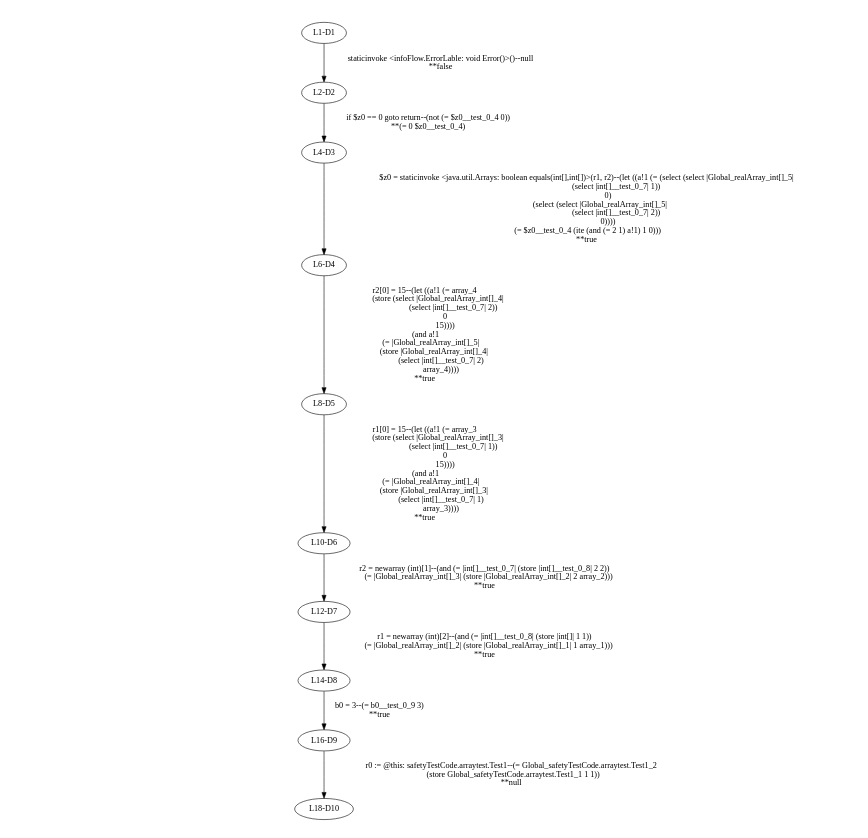
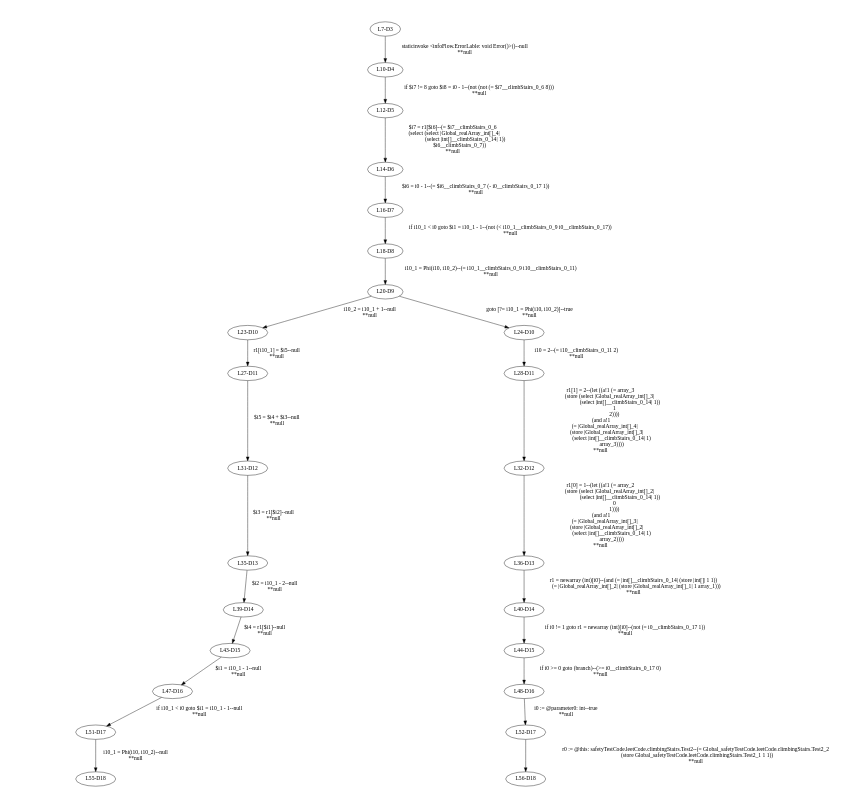
Before and after one commit to gt-wunderhorn/gt-wunderhorn: the diagram in SafetyChecker2/_errors.dot, drawn with Graphviz. The commit also changed 1540 other files, not shown here.

```diff
--- a/SafetyChecker2/_errors.dot
+++ b/SafetyChecker2/_errors.dot
@@ -1,50 +1,76 @@
 digraph { 
 	ratio="fill";
 	size="4.3,5.7!";
 	margin=0;
-	"L1-D1" -> "L2-D2"[label="staticinvoke <infoFlow.ErrorLable: void Error()>()--null
-**false"];
-	"L2-D2" -> "L4-D3"[label="if $z0 == 0 goto return--(not (= $z0__test_0_4 0))
-**(= 0 $z0__test_0_4)"];
-	"L4-D3" -> "L6-D4"[label="$z0 = staticinvoke <java.util.Arrays: boolean equals(int[],int[])>(r1, r2)--(let ((a!1 (= (select (select |Global_realArray_int[]_5|
-                              (select |int[]__test_0_7| 1))
-                      0)
-              (select (select |Global_realArray_int[]_5|
-                              (select |int[]__test_0_7| 2))
-                      0))))
-  (= $z0__test_0_4 (ite (and (= 2 1) a!1) 1 0)))
-**true"];
-	"L6-D4" -> "L8-D5"[label="r2[0] = 15--(let ((a!1 (= array_4
-              (store (select |Global_realArray_int[]_4|
-                             (select |int[]__test_0_7| 2))
-                     0
-                     15))))
-  (and a!1
-       (= |Global_realArray_int[]_5|
-          (store |Global_realArray_int[]_4|
-                 (select |int[]__test_0_7| 2)
-                 array_4))))
-**true"];
-	"L8-D5" -> "L10-D6"[label="r1[0] = 15--(let ((a!1 (= array_3
+	"L7-D3" -> "L10-D4"[label="staticinvoke <infoFlow.ErrorLable: void Error()>()--null
+**null"];
+	"L10-D4" -> "L12-D5"[label="if $i7 != 8 goto $i8 = i0 - 1--(not (not (= $i7__climbStairs_0_6 8)))
+**null"];
+	"L12-D5" -> "L14-D6"[label="$i7 = r1[$i6]--(= $i7__climbStairs_0_6
+   (select (select |Global_realArray_int[]_4|
+                   (select |int[]__climbStairs_0_14| 1))
+           $i6__climbStairs_0_7))
+**null"];
+	"L14-D6" -> "L16-D7"[label="$i6 = i0 - 1--(= $i6__climbStairs_0_7 (- i0__climbStairs_0_17 1))
+**null"];
+	"L16-D7" -> "L18-D8"[label="if i10_1 < i0 goto $i1 = i10_1 - 1--(not (< i10_1__climbStairs_0_9 i0__climbStairs_0_17))
+**null"];
+	"L18-D8" -> "L20-D9"[label="i10_1 = Phi(i10, i10_2)--(= i10_1__climbStairs_0_9 i10__climbStairs_0_11)
+**null"];
+	"L20-D9" -> "L23-D10"[label="i10_2 = i10_1 + 1--null
+**null"];
+	"L20-D9" -> "L24-D10"[label="goto [?= i10_1 = Phi(i10, i10_2)]--true
+**null"];
+	"L23-D10" -> "L27-D11"[label="r1[i10_1] = $i5--null
+**null"];
+	"L24-D10" -> "L28-D11"[label="i10 = 2--(= i10__climbStairs_0_11 2)
+**null"];
+	"L27-D11" -> "L31-D12"[label="$i5 = $i4 + $i3--null
+**null"];
+	"L28-D11" -> "L32-D12"[label="r1[1] = 2--(let ((a!1 (= array_3
               (store (select |Global_realArray_int[]_3|
-                             (select |int[]__test_0_7| 1))
-                     0
-                     15))))
+                             (select |int[]__climbStairs_0_14| 1))
+                     1
+                     2))))
   (and a!1
        (= |Global_realArray_int[]_4|
           (store |Global_realArray_int[]_3|
-                 (select |int[]__test_0_7| 1)
+                 (select |int[]__climbStairs_0_14| 1)
                  array_3))))
-**true"];
-	"L10-D6" -> "L12-D7"[label="r2 = newarray (int)[1]--(and (= |int[]__test_0_7| (store |int[]__test_0_8| 2 2))
-     (= |Global_realArray_int[]_3| (store |Global_realArray_int[]_2| 2 array_2)))
-**true"];
-	"L12-D7" -> "L14-D8"[label="r1 = newarray (int)[2]--(and (= |int[]__test_0_8| (store |int[]| 1 1))
+**null"];
+	"L31-D12" -> "L35-D13"[label="$i3 = r1[$i2]--null
+**null"];
+	"L32-D12" -> "L36-D13"[label="r1[0] = 1--(let ((a!1 (= array_2
+              (store (select |Global_realArray_int[]_2|
+                             (select |int[]__climbStairs_0_14| 1))
+                     0
+                     1))))
+  (and a!1
+       (= |Global_realArray_int[]_3|
+          (store |Global_realArray_int[]_2|
+                 (select |int[]__climbStairs_0_14| 1)
+                 array_2))))
+**null"];
+	"L35-D13" -> "L39-D14"[label="$i2 = i10_1 - 2--null
+**null"];
+	"L36-D13" -> "L40-D14"[label="r1 = newarray (int)[i0]--(and (= |int[]__climbStairs_0_14| (store |int[]| 1 1))
      (= |Global_realArray_int[]_2| (store |Global_realArray_int[]_1| 1 array_1)))
-**true"];
-	"L14-D8" -> "L16-D9"[label="b0 = 3--(= b0__test_0_9 3)
-**true"];
-	"L16-D9" -> "L18-D10"[label="r0 := @this: safetyTestCode.arraytest.Test1--(= Global_safetyTestCode.arraytest.Test1_2
-   (store Global_safetyTestCode.arraytest.Test1_1 1 1))
+**null"];
+	"L39-D14" -> "L43-D15"[label="$i4 = r1[$i1]--null
+**null"];
+	"L40-D14" -> "L44-D15"[label="if i0 != 1 goto r1 = newarray (int)[i0]--(not (= i0__climbStairs_0_17 1))
+**null"];
+	"L43-D15" -> "L47-D16"[label="$i1 = i10_1 - 1--null
+**null"];
+	"L44-D15" -> "L48-D16"[label="if i0 >= 0 goto (branch)--(>= i0__climbStairs_0_17 0)
+**null"];
+	"L47-D16" -> "L51-D17"[label="if i10_1 < i0 goto $i1 = i10_1 - 1--null
+**null"];
+	"L48-D16" -> "L52-D17"[label="i0 := @parameter0: int--true
+**null"];
+	"L51-D17" -> "L55-D18"[label="i10_1 = Phi(i10, i10_2)--null
+**null"];
+	"L52-D17" -> "L56-D18"[label="r0 := @this: safetyTestCode.leetCode.climbingStairs.Test2--(= Global_safetyTestCode.leetCode.climbingStairs.Test2_2
+   (store Global_safetyTestCode.leetCode.climbingStairs.Test2_1 1 1))
 **null"];
 }
```
